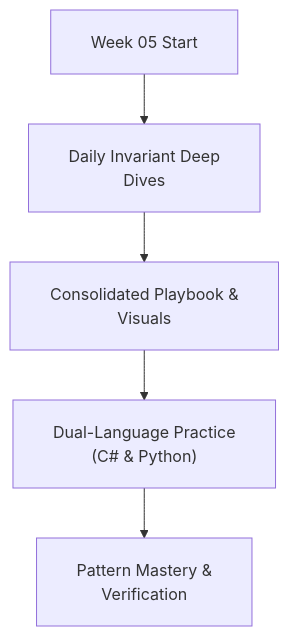
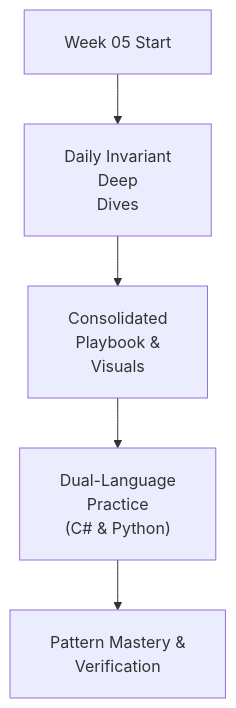
One commit to dip4k/DSA_102 changed the diagram in week_05_tier_1_critical_patterns/README.md. Above: the diagram before and after it, drawn with Mermaid. The commit also changed 106 other files, not shown here.

First line of the commit message:
fix(mermaid): prevent text clipping with foreignObject overflow and tighter line wrapping

````diff
--- a/week_05_tier_1_critical_patterns/README.md
+++ b/week_05_tier_1_critical_patterns/README.md
@@ -16,8 +16,8 @@
 ```mermaid
-%%{init: {"flowchart": {"htmlLabels": true, "padding": 20}}}%%
+%%{init: {"flowchart": {"htmlLabels": true, "padding": 20}, "themeCSS": "foreignObject { overflow: visible !important; }"}}%%
 flowchart TD
-    Start["Week 05 Start"] --> Daily["Daily Invariant Deep<br/>Dives"]
-    Daily --> Playbook["Consolidated Playbook &<br/>Visuals"]
-    Playbook --> DualLang["Dual-Language Practice<br/>(C# & Python)"]
+    Start["Week 05 Start"] --> Daily["Daily Invariant<br/>Deep<br/>Dives"]
+    Daily --> Playbook["Consolidated<br/>Playbook &<br/>Visuals"]
+    Playbook --> DualLang["Dual-Language<br/>Practice<br/>(C# & Python)"]
     DualLang --> Mastery["Pattern Mastery &<br/>Verification"]
 ```
````
